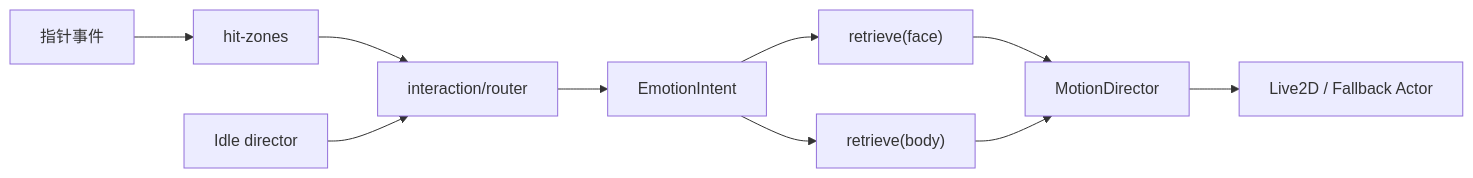
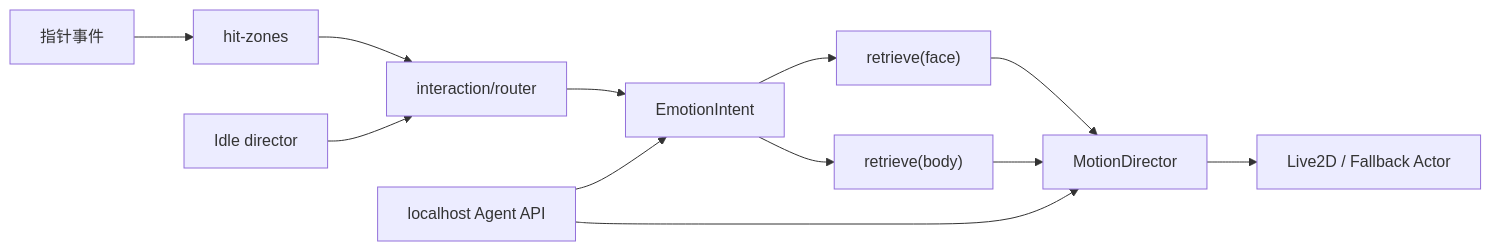
Before and after one commit to hy10287/pet-pal: the diagram in README.md, drawn with Mermaid. The commit also changed other lines of this file and 11 other files, not shown here.

First line of the commit message:
Add loopback agent control API for MotionDirector.

````diff
--- a/README.md
+++ b/README.md
@@ -144,12 +159,14 @@
 ```mermaid
 flowchart LR
   A[指针事件] --> B[hit-zones]
   B --> C[interaction/router]
   C --> D["EmotionIntent"]
   D --> E["retrieve(face)"]
   D --> F["retrieve(body)"]
   E --> G[MotionDirector]
   F --> G
   G --> H[Live2D / Fallback Actor]
   I[Idle director] --> C
+  J["localhost Agent API"] --> D
+  J --> G
 ```
````
